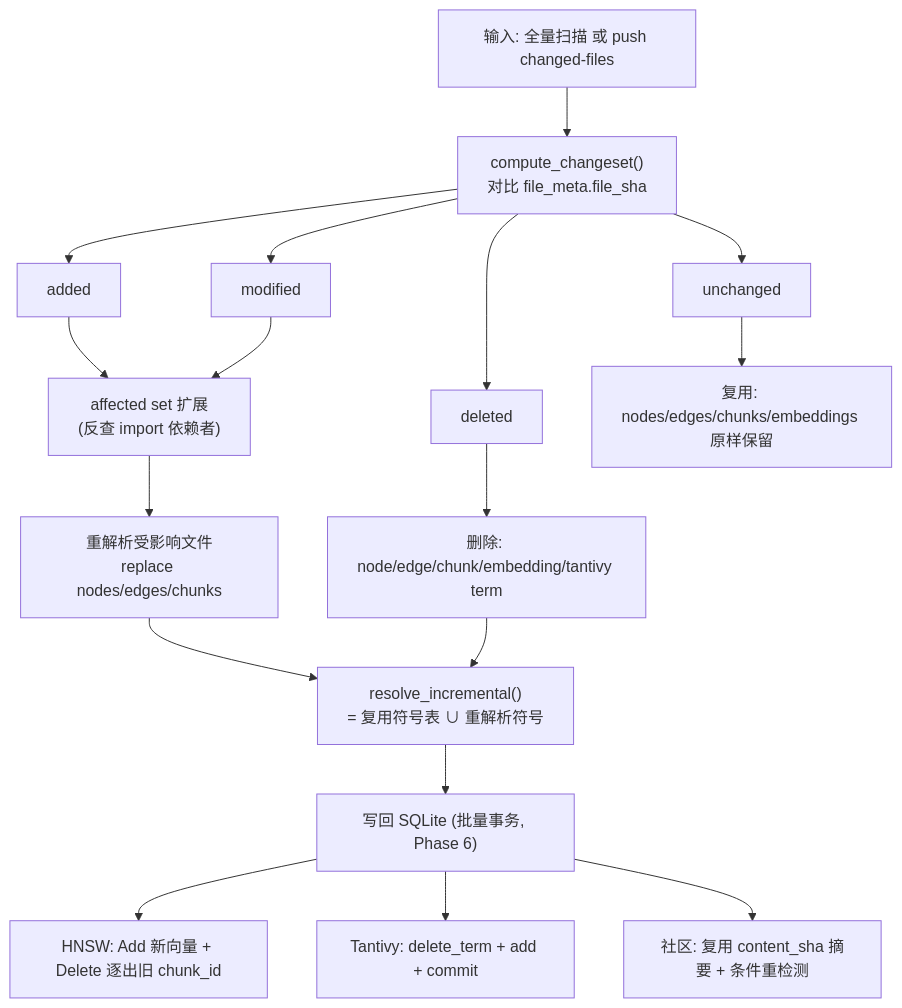
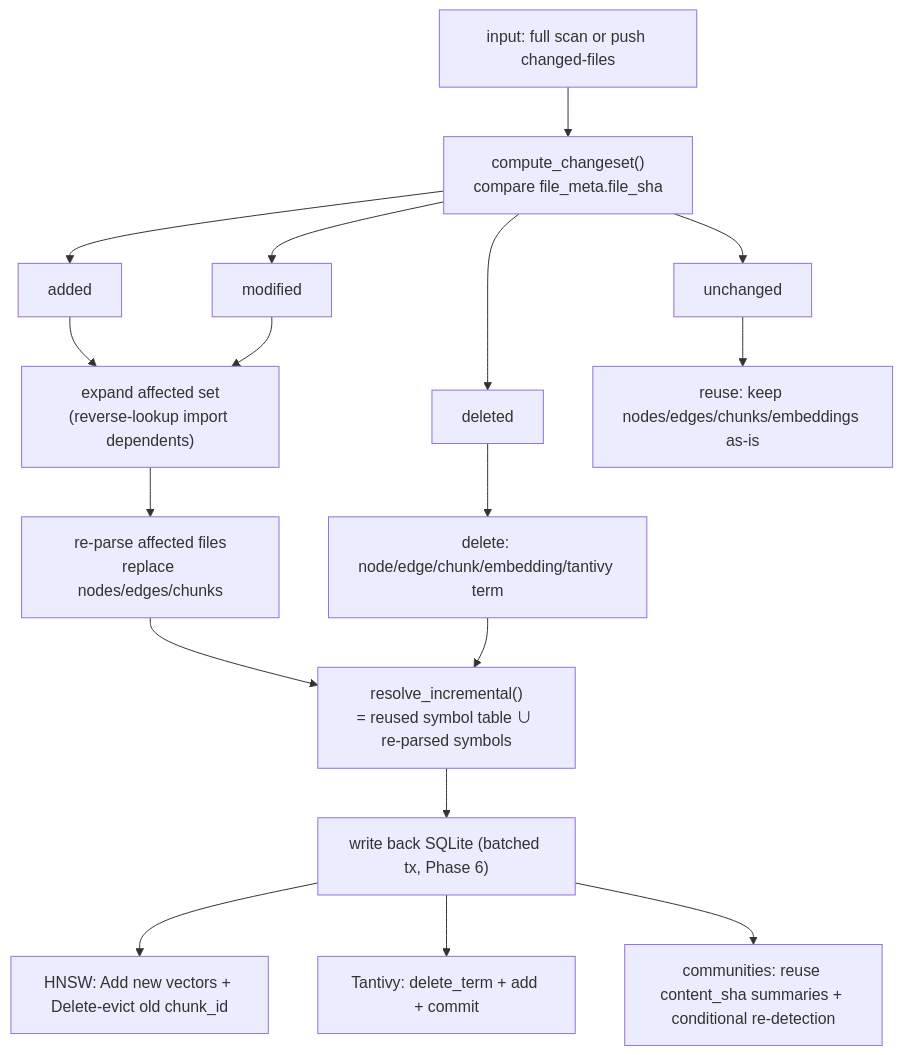
One commit to AndyUneducated/repo-sage changed the first of 3 diagrams in docs/plans/phase-7-incremental.md. Above: the diagram before and after it, drawn with Mermaid. The commit also changed other lines of this file and 14 other files, not shown here.

````diff
--- a/docs/plans/phase-7-incremental.md
+++ b/docs/plans/phase-7-incremental.md
@@ -91,16 +91,16 @@
 ```mermaid
 flowchart TD
-  IN["输入: 全量扫描 或 push changed-files"] --> CS["compute_changeset()<br/>对比 file_meta.file_sha"]
+  IN["input: full scan or push changed-files"] --> CS["compute_changeset()<br/>compare file_meta.file_sha"]
   CS --> A["added"] & M["modified"] & D["deleted"] & U["unchanged"]
-  A --> AFF["affected set 扩展<br/>(反查 import 依赖者)"]
+  A --> AFF["expand affected set<br/>(reverse-lookup import dependents)"]
   M --> AFF
-  D --> DEL["删除: node/edge/chunk/embedding/tantivy term"]
-  AFF --> REP["重解析受影响文件<br/>replace nodes/edges/chunks"]
-  U --> REUSE["复用: nodes/edges/chunks/embeddings 原样保留"]
-  REP --> RES["resolve_incremental()<br/>= 复用符号表 ∪ 重解析符号"]
+  D --> DEL["delete: node/edge/chunk/embedding/tantivy term"]
+  AFF --> REP["re-parse affected files<br/>replace nodes/edges/chunks"]
+  U --> REUSE["reuse: keep nodes/edges/chunks/embeddings as-is"]
+  REP --> RES["resolve_incremental()<br/>= reused symbol table ∪ re-parsed symbols"]
   DEL --> RES
-  RES --> STORES["写回 SQLite (批量事务, Phase 6)"]
-  STORES --> HN["HNSW: Add 新向量 + Delete 逐出旧 chunk_id"]
+  RES --> STORES["write back SQLite (batched tx, Phase 6)"]
+  STORES --> HN["HNSW: Add new vectors + Delete-evict old chunk_id"]
   STORES --> TAN["Tantivy: delete_term + add + commit"]
-  STORES --> COM["社区: 复用 content_sha 摘要 + 条件重检测"]
+  STORES --> COM["communities: reuse content_sha summaries + conditional re-detection"]
 ```
````
